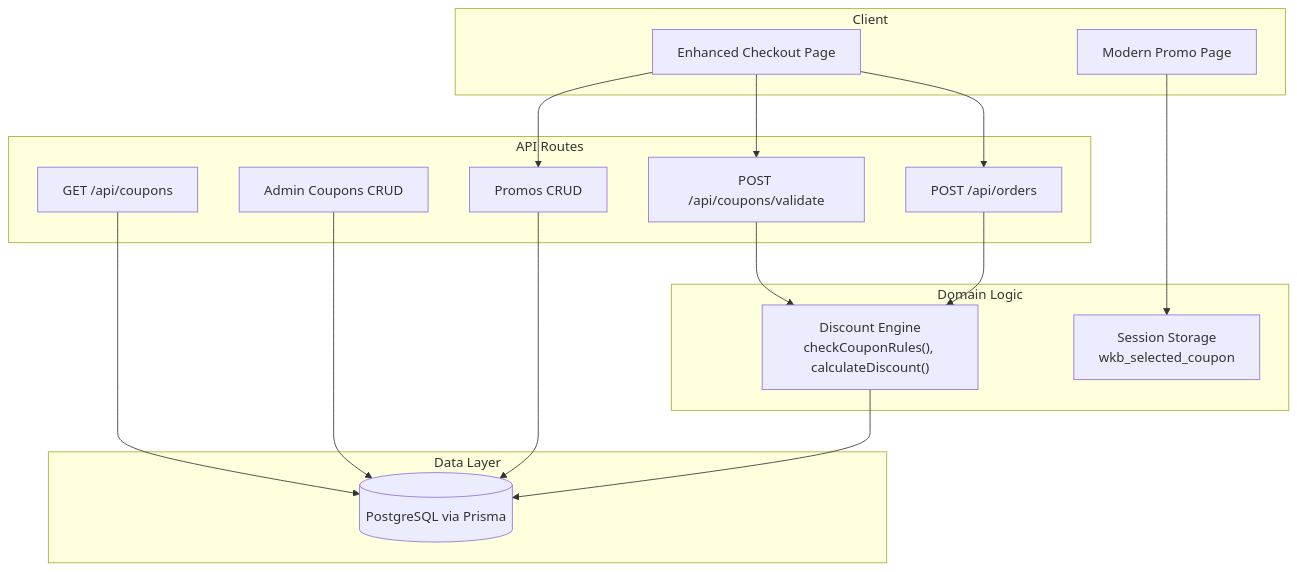
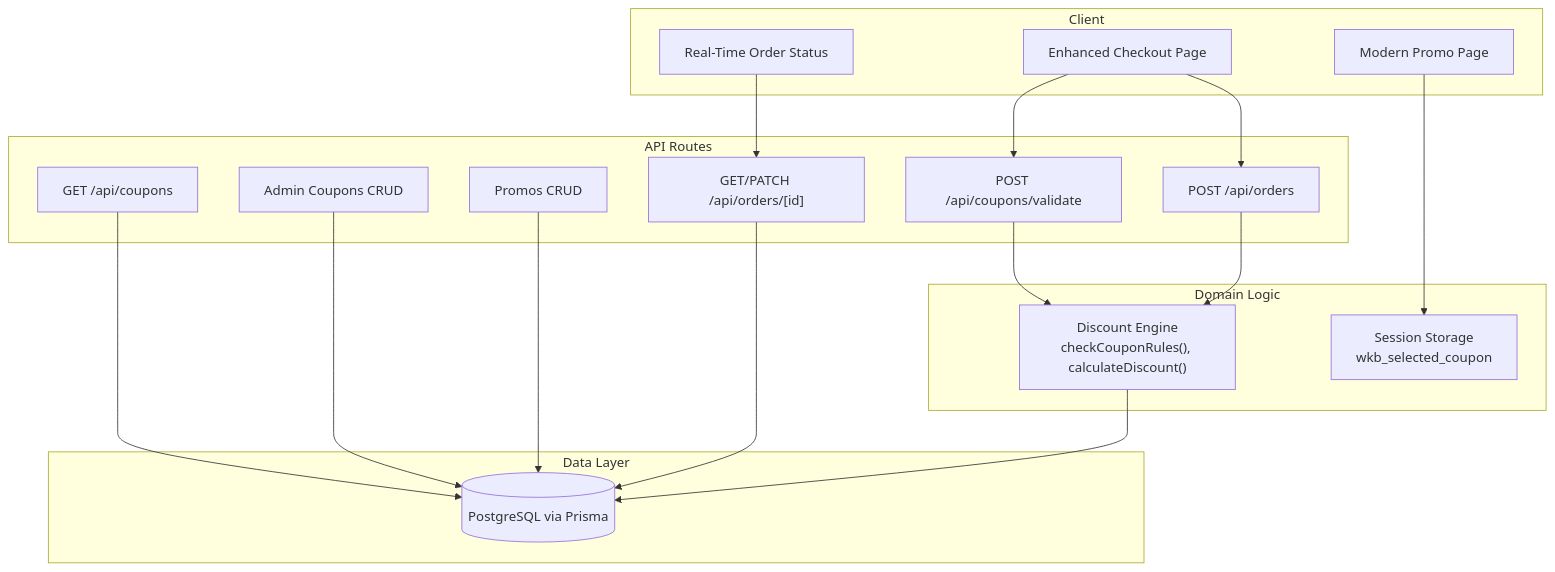
Before and after one commit to Ice-Nao-Eevee/Tera_Work: the first of 13 diagrams in .qoder/repowiki/en/content/Core Features/Promotions & Coupons.md, drawn with Mermaid. The commit also changed other lines of this file and 55 other files, not shown here.

````diff
--- a/.qoder/repowiki/en/content/Core Features/Promotions & Coupons.md
+++ b/.qoder/repowiki/en/content/Core Features/Promotions & Coupons.md
@@ -64,31 +73,34 @@
 ```mermaid
 graph TB
 subgraph "Client"
 Checkout["Enhanced Checkout Page"]
 PromoPage["Modern Promo Page"]
+OrderStatus["Real-Time Order Status"]
 end
 subgraph "API Routes"
 CouponsList["GET /api/coupons"]
 CouponsValidate["POST /api/coupons/validate"]
 AdminCoupons["Admin Coupons CRUD"]
 PromosCRUD["Promos CRUD"]
 OrdersCreate["POST /api/orders"]
+OrderStatusAPI["GET/PATCH /api/orders/[id]"]
 end
 subgraph "Domain Logic"
 Engine["Discount Engine<br/>checkCouponRules(), calculateDiscount()"]
 SessionStorage["Session Storage<br/>wkb_selected_coupon"]
 end
 subgraph "Data Layer"
 DB[(PostgreSQL via Prisma)]
 end
 Checkout --> CouponsValidate
 PromoPage --> SessionStorage
-Checkout --> PromosCRUD
+OrderStatus --> OrderStatusAPI
 Checkout --> OrdersCreate
 CouponsList --> DB
 CouponsValidate --> Engine
 AdminCoupons --> DB
 PromosCRUD --> DB
 OrdersCreate --> Engine
+OrderStatusAPI --> DB
 Engine --> DB
 ```
````
